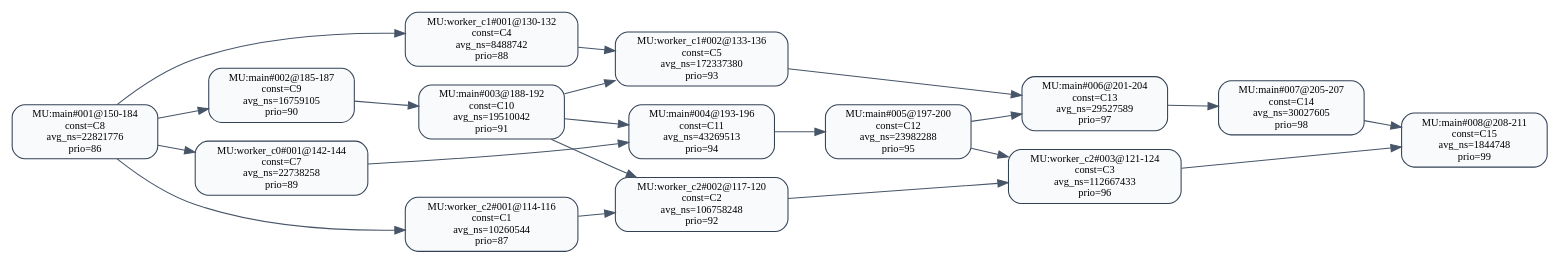
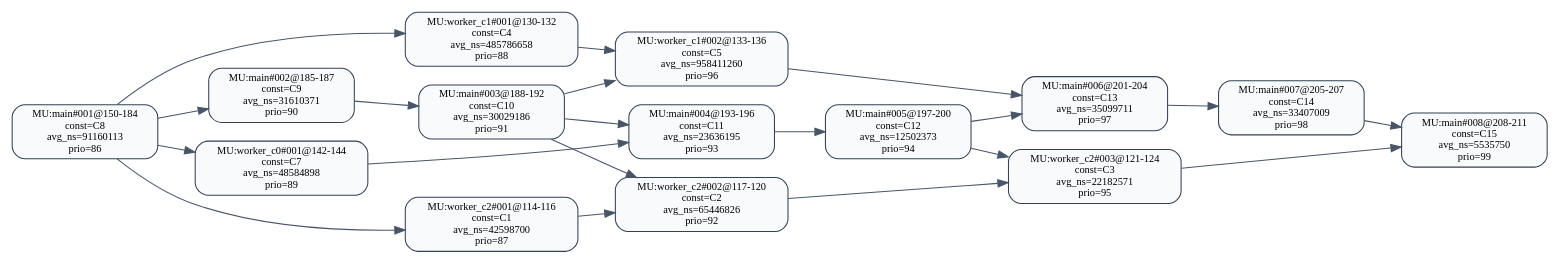
The diagram in 中间结果/zhang2/pipeline/validation/level2/effective_line_merge/t_level/dag_seg_annotated.dot (RTS-SYSU/DAG-Gen), drawn with Graphviz before and after one commit. The commit also changed 3421 other files, not shown here.

```diff
--- a/中间结果/zhang2/pipeline/validation/level2/effective_line_merge/t_level/dag_seg_annotated.dot
+++ b/中间结果/zhang2/pipeline/validation/level2/effective_line_merge/t_level/dag_seg_annotated.dot
@@ -1,38 +1,38 @@
 digraph dag_seg_annotated {
   rankdir=LR;
   node [shape=box, style="rounded,filled", fillcolor="#F8FAFC", color="#334155", fontsize=10];
   edge [color="#475569"];
-  "MU:main#001@150-184" [label="MU:main#001@150-184\nconst=C8\navg_ns=22821776\nprio=86"];
-  "MU:main#002@185-187" [label="MU:main#002@185-187\nconst=C9\navg_ns=16759105\nprio=90"];
-  "MU:main#003@188-192" [label="MU:main#003@188-192\nconst=C10\navg_ns=19510042\nprio=91"];
-  "MU:main#004@193-196" [label="MU:main#004@193-196\nconst=C11\navg_ns=43269513\nprio=94"];
-  "MU:main#005@197-200" [label="MU:main#005@197-200\nconst=C12\navg_ns=23982288\nprio=95"];
-  "MU:main#006@201-204" [label="MU:main#006@201-204\nconst=C13\navg_ns=29527589\nprio=97"];
-  "MU:main#007@205-207" [label="MU:main#007@205-207\nconst=C14\navg_ns=30027605\nprio=98"];
-  "MU:main#008@208-211" [label="MU:main#008@208-211\nconst=C15\navg_ns=1844748\nprio=99"];
-  "MU:worker_c0#001@142-144" [label="MU:worker_c0#001@142-144\nconst=C7\navg_ns=22738258\nprio=89"];
-  "MU:worker_c1#001@130-132" [label="MU:worker_c1#001@130-132\nconst=C4\navg_ns=8488742\nprio=88"];
-  "MU:worker_c1#002@133-136" [label="MU:worker_c1#002@133-136\nconst=C5\navg_ns=172337380\nprio=93"];
-  "MU:worker_c2#001@114-116" [label="MU:worker_c2#001@114-116\nconst=C1\navg_ns=10260544\nprio=87"];
-  "MU:worker_c2#002@117-120" [label="MU:worker_c2#002@117-120\nconst=C2\navg_ns=106758248\nprio=92"];
-  "MU:worker_c2#003@121-124" [label="MU:worker_c2#003@121-124\nconst=C3\navg_ns=112667433\nprio=96"];
+  "MU:main#001@150-184" [label="MU:main#001@150-184\nconst=C8\navg_ns=91160113\nprio=86"];
+  "MU:main#002@185-187" [label="MU:main#002@185-187\nconst=C9\navg_ns=31610371\nprio=90"];
+  "MU:main#003@188-192" [label="MU:main#003@188-192\nconst=C10\navg_ns=30029186\nprio=91"];
+  "MU:main#004@193-196" [label="MU:main#004@193-196\nconst=C11\navg_ns=23636195\nprio=93"];
+  "MU:main#005@197-200" [label="MU:main#005@197-200\nconst=C12\navg_ns=12502373\nprio=94"];
+  "MU:main#006@201-204" [label="MU:main#006@201-204\nconst=C13\navg_ns=35099711\nprio=97"];
+  "MU:main#007@205-207" [label="MU:main#007@205-207\nconst=C14\navg_ns=33407009\nprio=98"];
+  "MU:main#008@208-211" [label="MU:main#008@208-211\nconst=C15\navg_ns=5535750\nprio=99"];
+  "MU:worker_c0#001@142-144" [label="MU:worker_c0#001@142-144\nconst=C7\navg_ns=48584898\nprio=89"];
+  "MU:worker_c1#001@130-132" [label="MU:worker_c1#001@130-132\nconst=C4\navg_ns=485786658\nprio=88"];
+  "MU:worker_c1#002@133-136" [label="MU:worker_c1#002@133-136\nconst=C5\navg_ns=958411260\nprio=96"];
+  "MU:worker_c2#001@114-116" [label="MU:worker_c2#001@114-116\nconst=C1\navg_ns=42598700\nprio=87"];
+  "MU:worker_c2#002@117-120" [label="MU:worker_c2#002@117-120\nconst=C2\navg_ns=65446826\nprio=92"];
+  "MU:worker_c2#003@121-124" [label="MU:worker_c2#003@121-124\nconst=C3\navg_ns=22182571\nprio=95"];
   "MU:worker_c2#001@114-116" -> "MU:worker_c2#002@117-120";
   "MU:worker_c2#002@117-120" -> "MU:worker_c2#003@121-124";
   "MU:worker_c1#001@130-132" -> "MU:worker_c1#002@133-136";
   "MU:main#001@150-184" -> "MU:main#002@185-187";
   "MU:main#002@185-187" -> "MU:main#003@188-192";
   "MU:main#003@188-192" -> "MU:main#004@193-196";
   "MU:main#004@193-196" -> "MU:main#005@197-200";
   "MU:main#005@197-200" -> "MU:main#006@201-204";
   "MU:main#006@201-204" -> "MU:main#007@205-207";
   "MU:main#007@205-207" -> "MU:main#008@208-211";
   "MU:main#001@150-184" -> "MU:worker_c0#001@142-144";
   "MU:main#001@150-184" -> "MU:worker_c1#001@130-132";
   "MU:main#001@150-184" -> "MU:worker_c2#001@114-116";
   "MU:worker_c0#001@142-144" -> "MU:main#004@193-196";
   "MU:worker_c1#002@133-136" -> "MU:main#006@201-204";
   "MU:worker_c2#003@121-124" -> "MU:main#008@208-211";
   "MU:main#003@188-192" -> "MU:worker_c2#002@117-120";
   "MU:main#005@197-200" -> "MU:worker_c2#003@121-124";
   "MU:main#003@188-192" -> "MU:worker_c1#002@133-136";
 }
```
